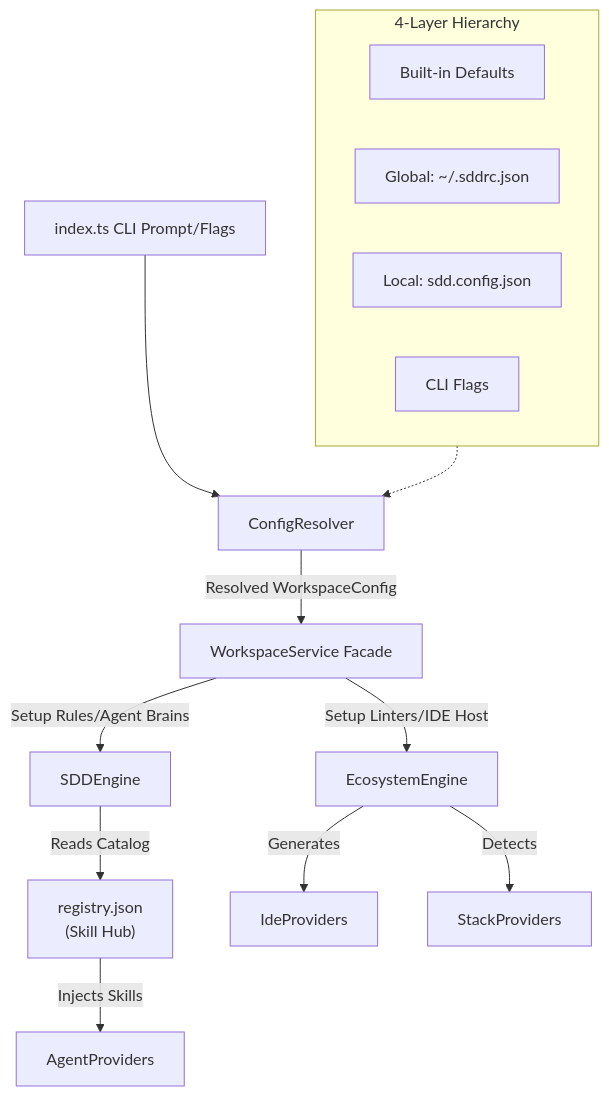
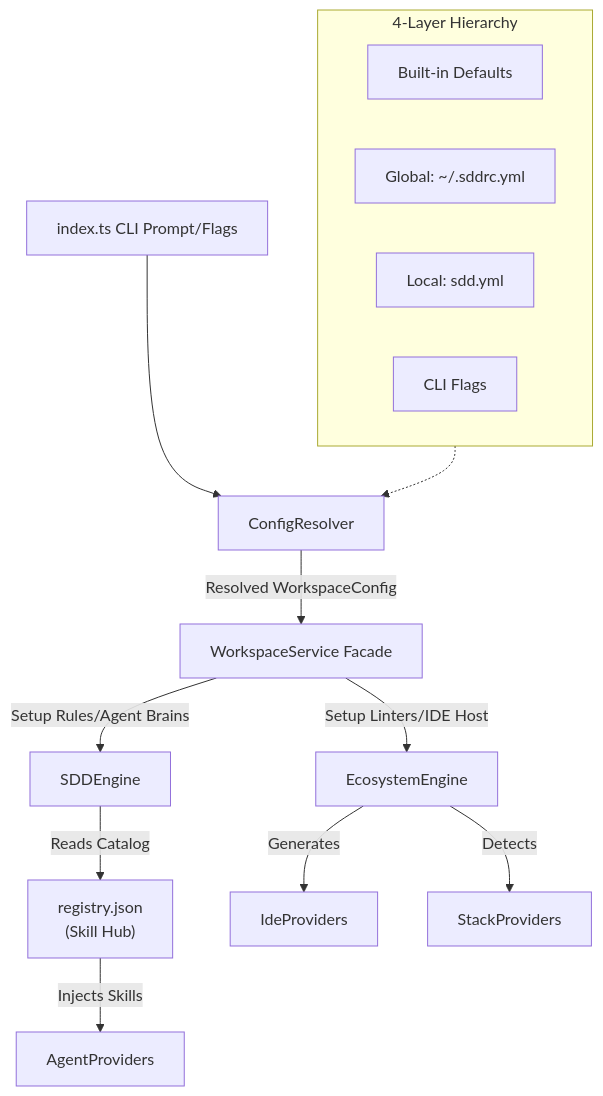
One commit to digitalelvis/sdd-workspace changed the diagram in CONTRIBUTING.md. Above: the diagram before and after it, drawn with Mermaid. The commit also changed other lines of this file and 26 other files, not shown here.

````diff
--- a/CONTRIBUTING.md
+++ b/CONTRIBUTING.md
@@ -42,22 +42,22 @@
 ```mermaid
 graph TD
     CLI[index.ts CLI Prompt/Flags] --> CR[ConfigResolver]
     
     subgraph ConfigLayers [4-Layer Hierarchy]
         L1[Built-in Defaults]
-        L2[Global: ~/.sddrc.json]
-        L3[Local: sdd.config.json]
+        L2[Global: ~/.sddrc.yml]
+        L3[Local: sdd.yml]
         L4[CLI Flags]
     end
 
     ConfigLayers -.-> CR
     CR --> |Resolved WorkspaceConfig| WS[WorkspaceService Facade]
     
     WS --> |Setup Rules/Agent Brains| SDD[SDDEngine]
     WS --> |Setup Linters/IDE Host| ECO[EcosystemEngine]
 
     SDD --> |Reads Catalog| REG["registry.json\n(Skill Hub)"]
     REG --> |Injects Skills| Agents[AgentProviders]
     ECO --> |Generates| IDE[IdeProviders]
     ECO --> |Detects| Stacks[StackProviders]
 ```
````
